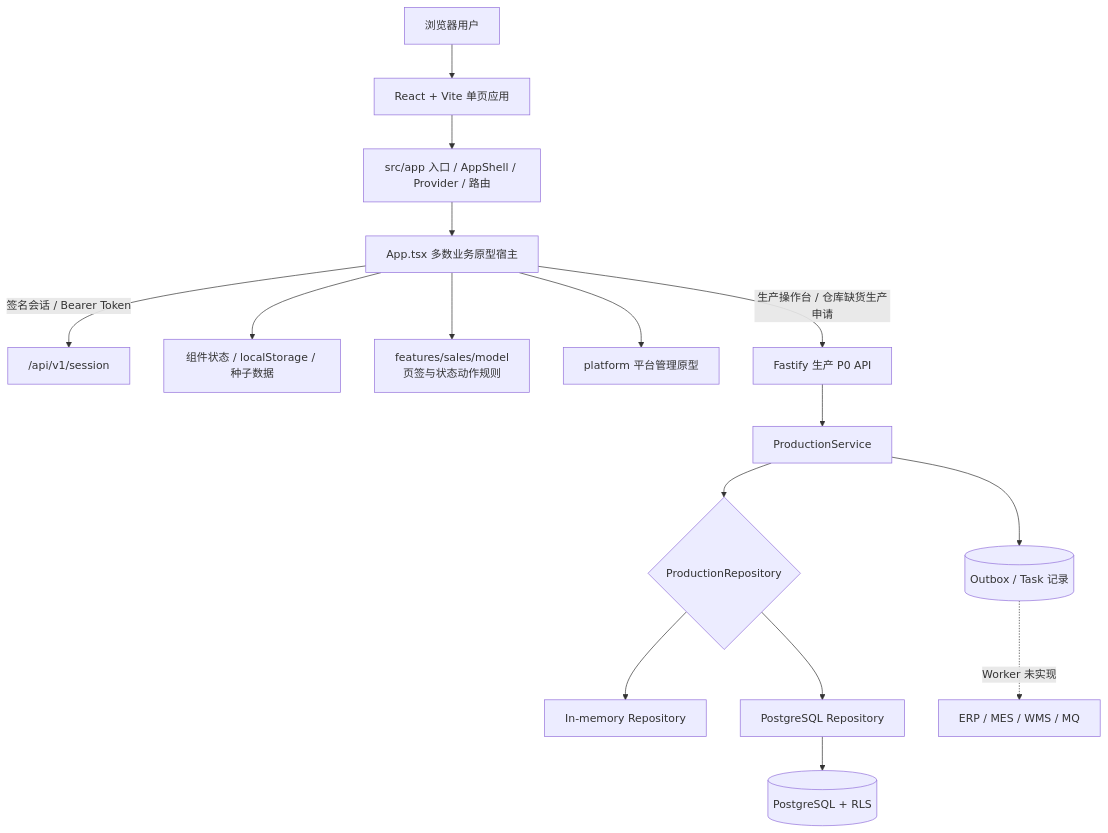
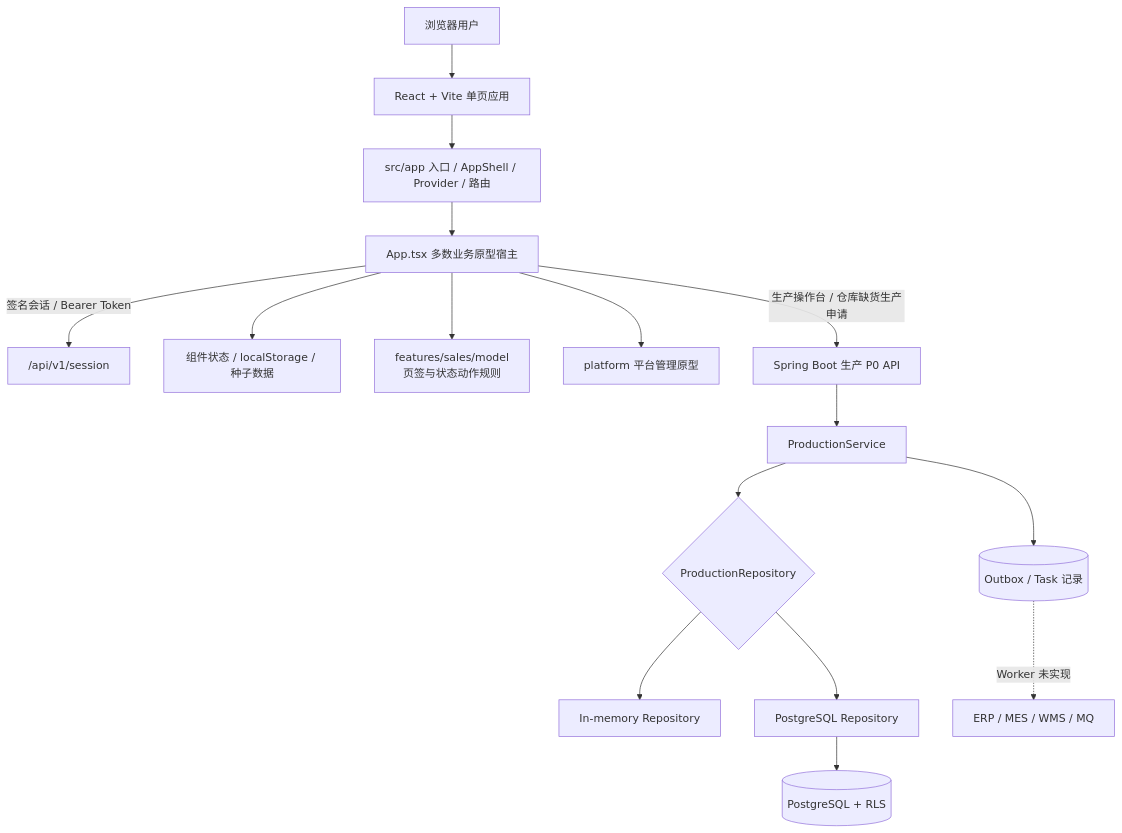
The first of 6 diagrams in docs/架构.md (keria1997/industrial-AI-), drawn with Mermaid before and after one commit. The commit also changed other lines of this file and 301 other files, not shown here.

````diff
--- a/docs/架构.md
+++ b/docs/架构.md
@@ -31,18 +35,18 @@
 ```mermaid
 flowchart TB
   USER["浏览器用户"] --> VITE["React + Vite 单页应用"]
   VITE --> SHELL["src/app 入口 / AppShell / Provider / 路由"]
   SHELL --> APP["App.tsx 多数业务原型宿主"]
   APP -->|"签名会话 / Bearer Token"| SESSION["/api/v1/session"]
   APP --> LOCAL["组件状态 / localStorage / 种子数据"]
   APP --> SALESRULES["features/sales/model\n页签与状态动作规则"]
   APP --> PLATFORM["platform 平台管理原型"]
-  APP -->|"生产操作台 / 仓库缺货生产申请"| PRODAPI["Fastify 生产 P0 API"]
+  APP -->|"生产操作台 / 仓库缺货生产申请"| PRODAPI["Spring Boot 生产 P0 API"]
   PRODAPI --> SERVICE["ProductionService"]
   SERVICE --> REPO{"ProductionRepository"}
   REPO --> MEMORY["In-memory Repository"]
   REPO --> PG["PostgreSQL Repository"]
   PG --> DB[("PostgreSQL + RLS")]
   SERVICE --> OUTBOX[("Outbox / Task 记录")]
   OUTBOX -. "Worker 未实现" .-> EXT["ERP / MES / WMS / MQ"]
 ```
````
